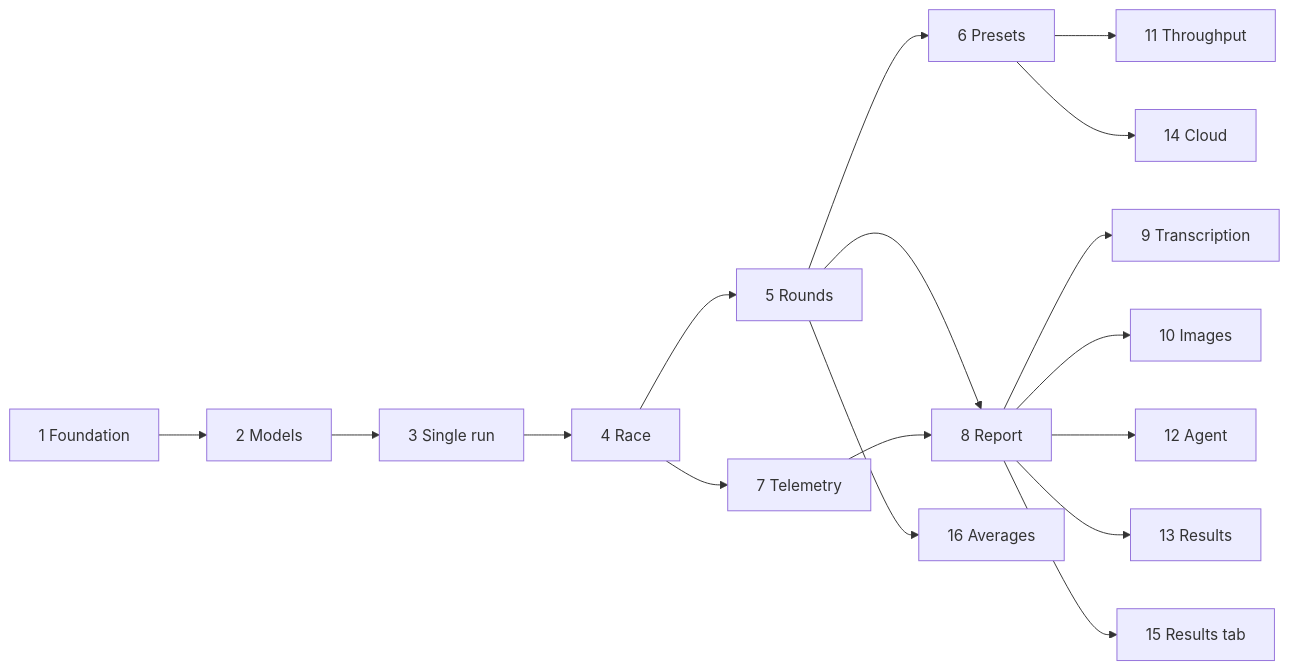
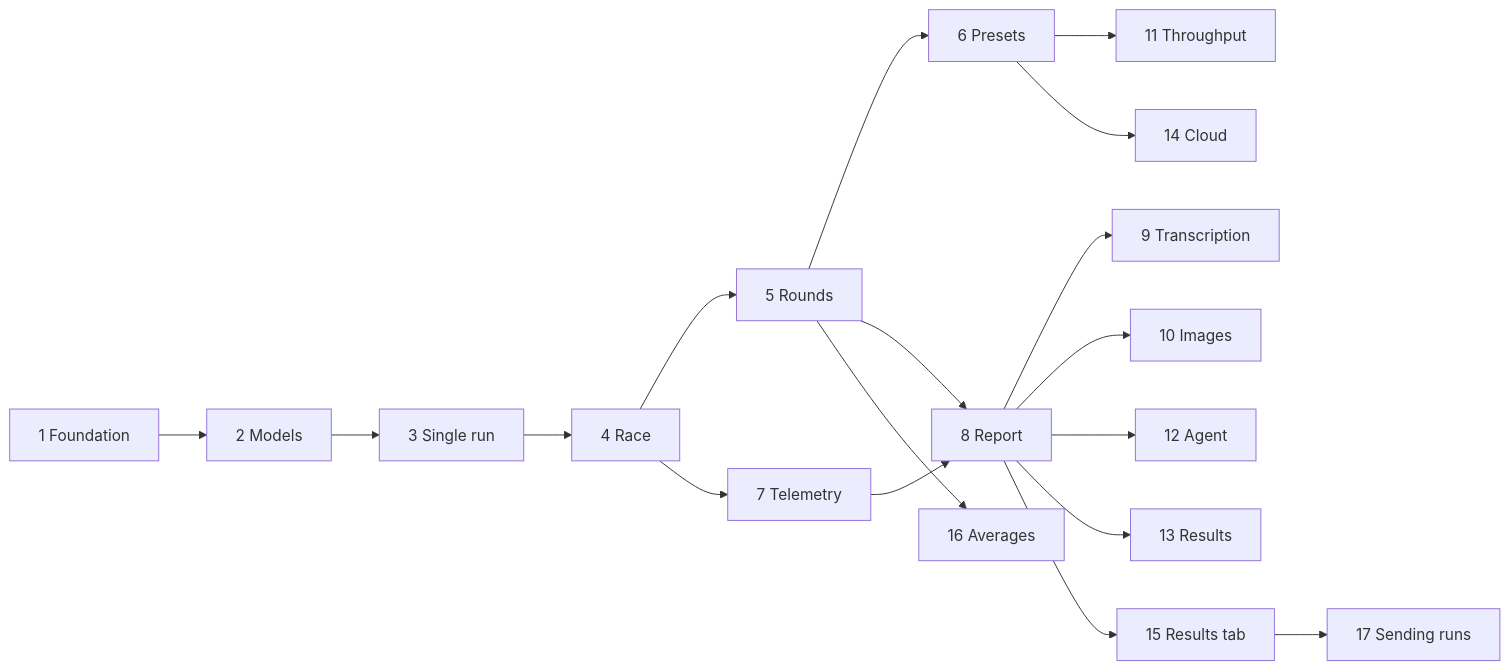
The diagram in ROADMAP.md (mnmohtasham/llm-head-to-head-benchmark), drawn with Mermaid before and after one commit. The commit also changed other lines of this file and 26 other files, not shown here.

````diff
--- a/ROADMAP.md
+++ b/ROADMAP.md
@@ -85,16 +87,17 @@
 ```mermaid
 flowchart LR
   P1[1 Foundation] --> P2[2 Models] --> P3[3 Single run] --> P4[4 Race]
   P4 --> P5[5 Rounds] --> P6[6 Presets]
   P4 --> P7[7 Telemetry]
   P5 --> P8[8 Report]
   P7 --> P8
   P8 --> P9[9 Transcription]
   P8 --> P10[10 Images]
   P6 --> P11[11 Throughput]
   P8 --> P12[12 Agent]
   P8 --> P13[13 Results]
   P6 --> P14[14 Cloud]
   P8 --> P15[15 Results tab]
   P5 --> P16[16 Averages]
+  P15 --> P17[17 Sending runs]
 ```
````
